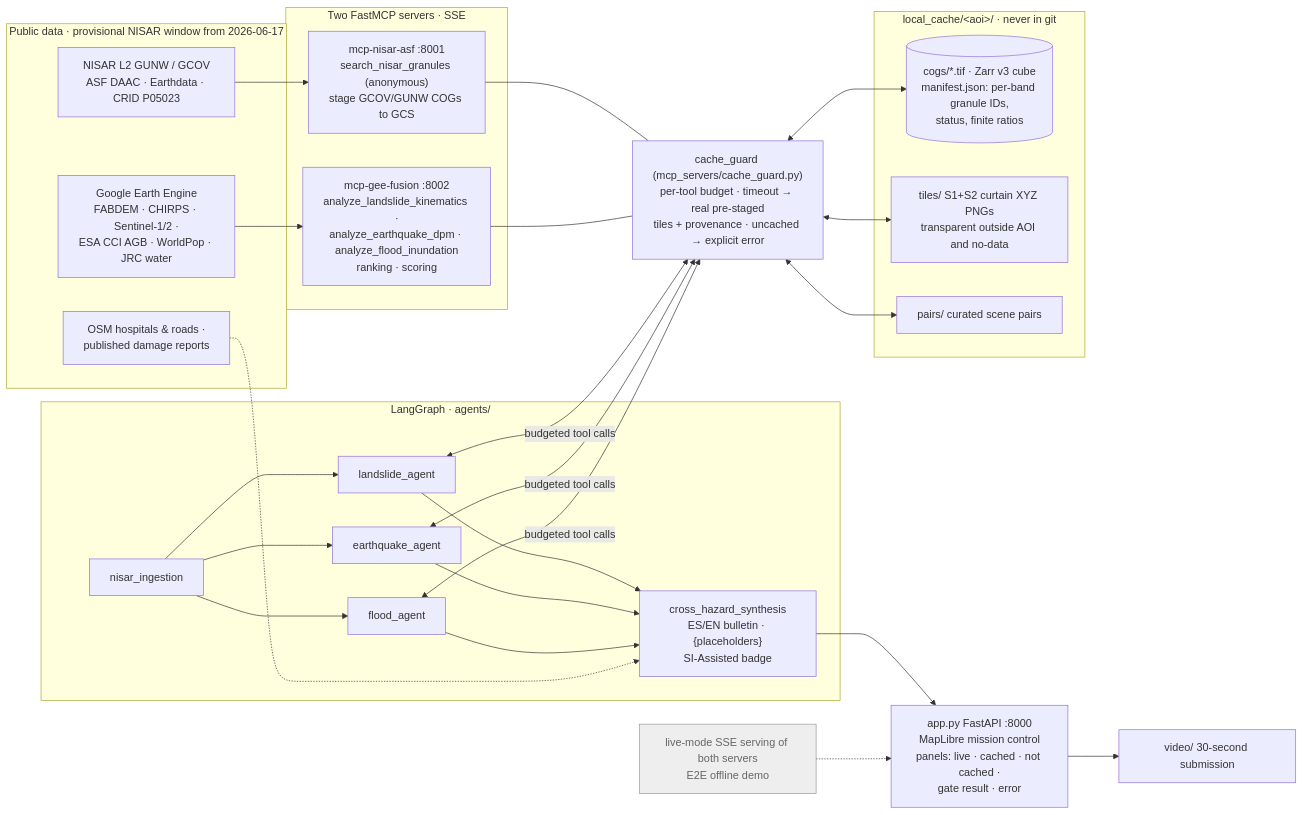
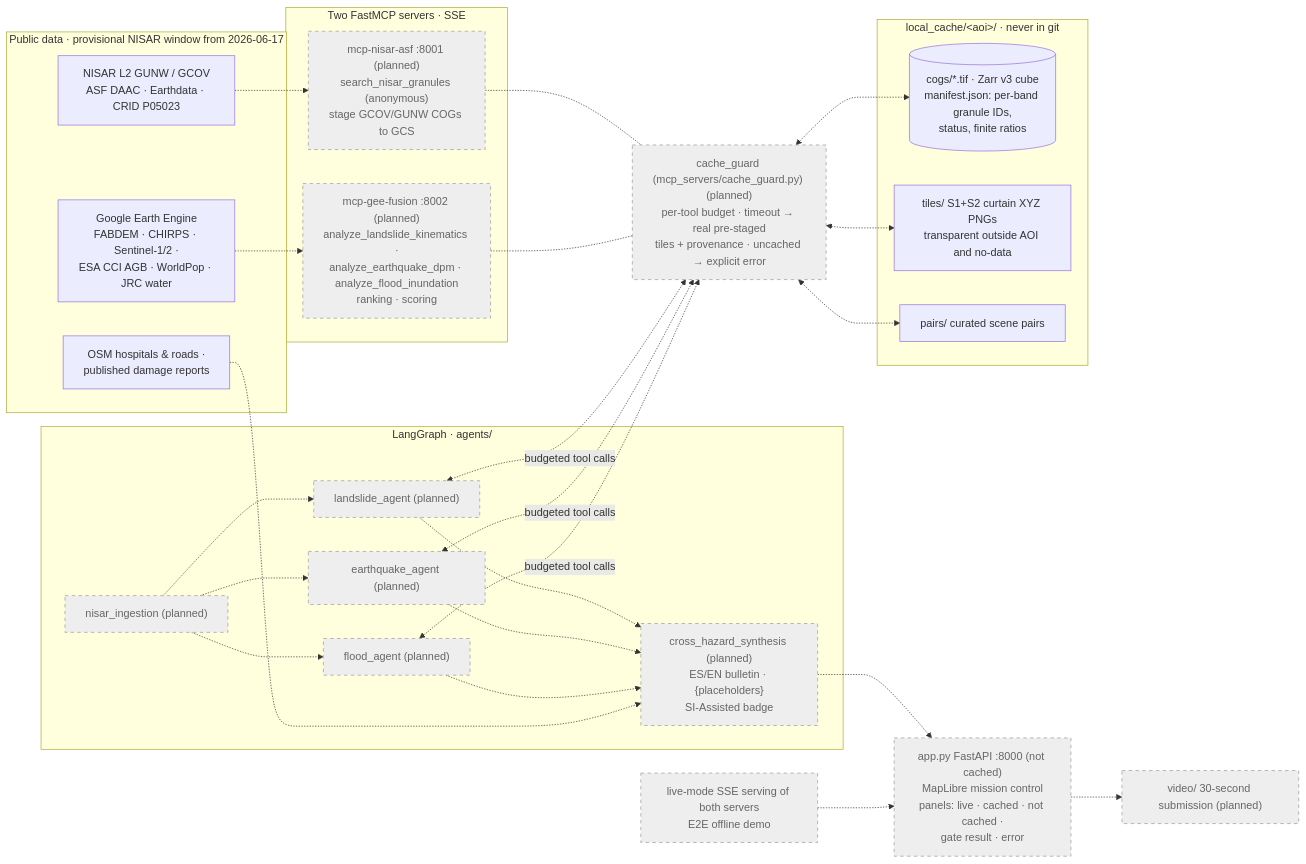
Before and after one commit to NASA-Space-Apps-Challenge-two-left-feet/surface_tango: the first of 3 diagrams in README.md, drawn with Mermaid. The commit also changed other lines of this file, not shown here.

Commit message:
docs(readme): cite USGS/SGC, mark planned diagram nodes, fix order and badges
Brings the README in line with the AGENTS.md README rules:
- add USGS (us6000tjl2) and SGC rows to the citations table, using
  only URLs already in docs/kb/event-2026-08-10-earthquake-v2.md
- mark the MCP servers, cache_guard, LangGraph agents, bulletin, UI
  and video as planned / not cached in the mermaid diagrams
- move Development workflow before Data sources (skeleton order)
- cite the offline test command and date; the count is now 90
  (measured 2026-11-15, uv run pytest -q -m "not network and not cache")
- drop the unsourced cache build times from Results
- Python badge set to 3.12 per the language rule

Edited by Codex (codex exec), reviewed by Claude.

Claude-Session: https://claude.ai/code/session_01A8bXTPxhstuoPE5K5fxway

````diff
--- a/README.md
+++ b/README.md
@@ -92,41 +92,42 @@
 ```mermaid
 flowchart LR
     subgraph DATA["Public data · provisional NISAR window from 2026-06-17"]
         NISAR["NISAR L2 GUNW / GCOV<br/>ASF DAAC · Earthdata · CRID P05023"]
         GEE["Google Earth Engine<br/>FABDEM · CHIRPS · Sentinel-1/2 ·<br/>ESA CCI AGB · WorldPop · JRC water"]
         PUB["OSM hospitals & roads ·<br/>published damage reports"]
     end
     subgraph SERVERS["Two FastMCP servers · SSE"]
-        M1["mcp-nisar-asf :8001<br/>search_nisar_granules (anonymous)<br/>stage GCOV/GUNW COGs to GCS"]
-        M2["mcp-gee-fusion :8002<br/>analyze_landslide_kinematics ·<br/>analyze_earthquake_dpm · analyze_flood_inundation<br/>ranking · scoring"]
+        M1["mcp-nisar-asf :8001 (planned)<br/>search_nisar_granules (anonymous)<br/>stage GCOV/GUNW COGs to GCS"]
+        M2["mcp-gee-fusion :8002 (planned)<br/>analyze_landslide_kinematics ·<br/>analyze_earthquake_dpm · analyze_flood_inundation<br/>ranking · scoring"]
     end
-    GUARD["cache_guard (mcp_servers/cache_guard.py)<br/>per-tool budget · timeout → real pre-staged<br/>tiles + provenance · uncached → explicit error"]
+    GUARD["cache_guard (mcp_servers/cache_guard.py) (planned)<br/>per-tool budget · timeout → real pre-staged<br/>tiles + provenance · uncached → explicit error"]
     subgraph GRAPH["LangGraph · agents/"]
-        IN["nisar_ingestion"]
-        L["landslide_agent"]
-        Q["earthquake_agent"]
-        F["flood_agent"]
-        S["cross_hazard_synthesis<br/>ES/EN bulletin · {placeholders}<br/>SI-Assisted badge"]
+        IN["nisar_ingestion (planned)"]
+        L["landslide_agent (planned)"]
+        Q["earthquake_agent (planned)"]
+        F["flood_agent (planned)"]
+        S["cross_hazard_synthesis (planned)<br/>ES/EN bulletin · {placeholders}<br/>SI-Assisted badge"]
     end
     subgraph CACHE["local_cache/&lt;aoi&gt;/ · never in git"]
         ZARR[("cogs/*.tif · Zarr v3 cube<br/>manifest.json: per-band granule IDs,<br/>status, finite ratios")]
         TILES["tiles/ S1+S2 curtain XYZ PNGs<br/>transparent outside AOI and no-data"]
         PAIRS["pairs/ curated scene pairs"]
     end
-    UI["app.py FastAPI :8000<br/>MapLibre mission control<br/>panels: live · cached · not cached ·<br/>gate result · error"]
-    VIDEO["video/ 30-second submission"]
+    UI["app.py FastAPI :8000 (not cached)<br/>MapLibre mission control<br/>panels: live · cached · not cached ·<br/>gate result · error"]
+    VIDEO["video/ 30-second submission (planned)"]
 
-    NISAR --> M1
-    GEE --> M2
-    M1 --- GUARD
-    M2 --- GUARD
-    GUARD <--> ZARR & TILES & PAIRS
-    IN --> L & Q & F
-    L & Q & F <-->|budgeted tool calls| GUARD
-    L & Q & F --> S
-    S --> UI
+    NISAR -.-> M1
+    GEE -.-> M2
+    M1 -.- GUARD
+    M2 -.- GUARD
+    GUARD <-.-> ZARR & TILES & PAIRS
+    IN -.-> L & Q & F
+    L & Q & F <-.->|budgeted tool calls| GUARD
+    L & Q & F -.-> S
+    S -.-> UI
     PUB -.-> S
-    UI --> VIDEO
+    UI -.-> VIDEO
     LIVE["live-mode SSE serving of both servers<br/>E2E offline demo"]:::pending -.-> UI
-    classDef pending fill:#eee,stroke:#999,color:#666
+    class M1,M2,GUARD,IN,L,Q,F,S,UI,VIDEO pending
+    classDef pending fill:#eee,stroke:#999,color:#666,stroke-dasharray:5 5
 ```
````
